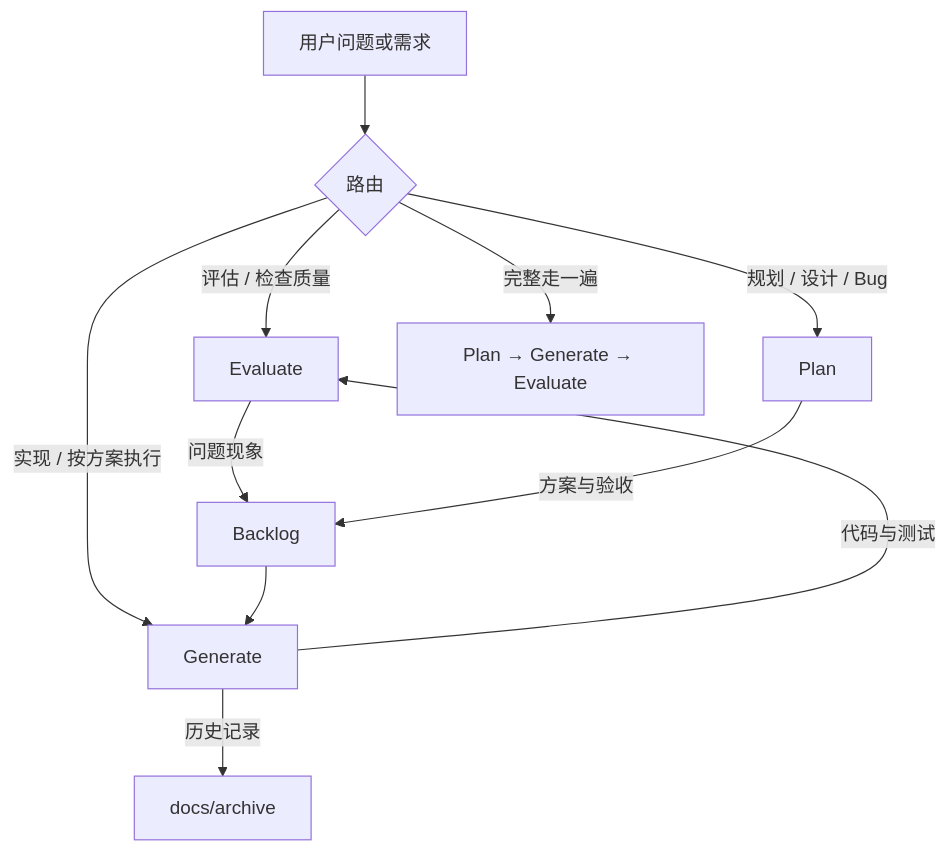
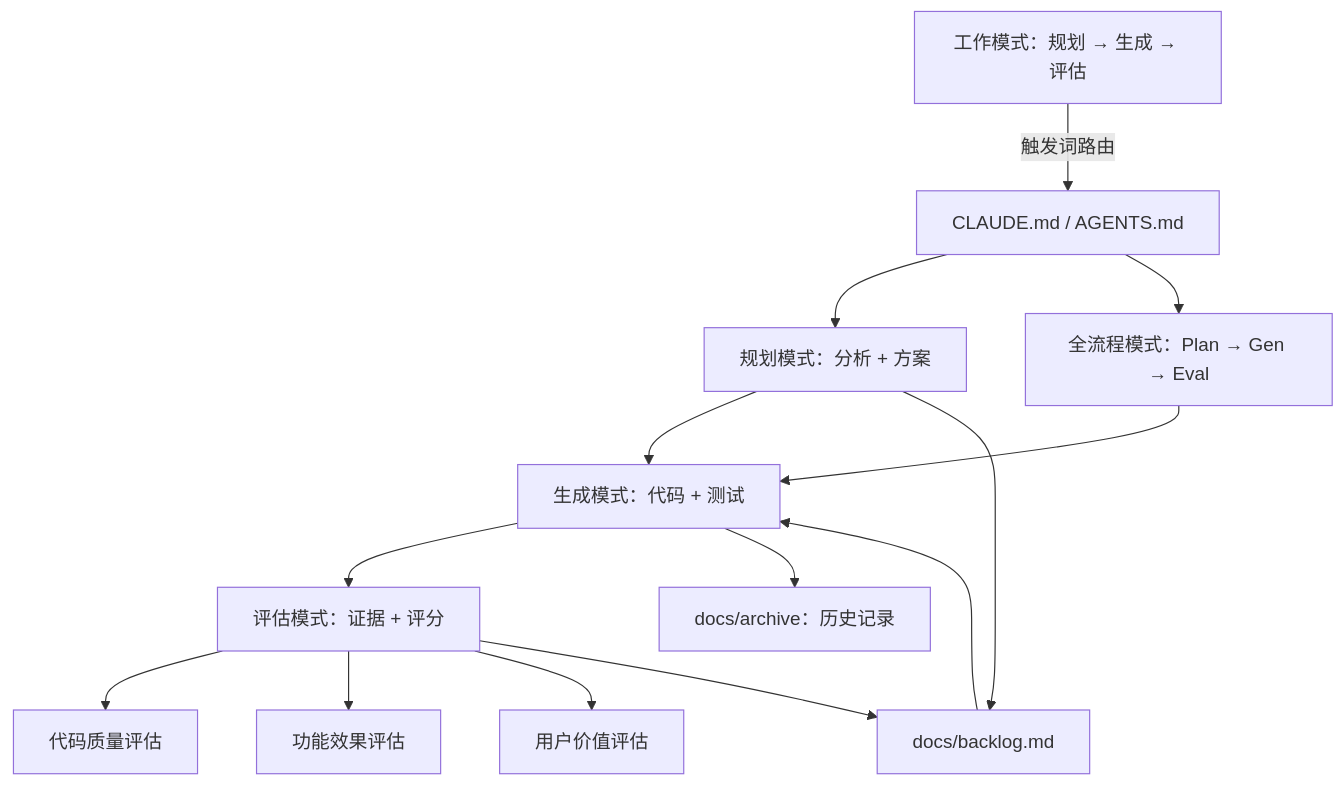
Before and after one commit to pancake-lee/pflow: the diagram in docs/harness.md, drawn with Mermaid. The commit also changed other lines of this file and 15 other files, not shown here.

````diff
--- a/docs/harness.md
+++ b/docs/harness.md
@@ -7,13 +8,17 @@
 ```mermaid
 flowchart TD
-    A[用户问题或需求] --> B{路由}
-    B -->|评估 / 检查质量| C[Evaluate]
-    B -->|规划 / 设计 / Bug| D[Plan]
-    B -->|实现 / 按方案执行| E[Generate]
-    B -->|完整走一遍| F[Plan → Generate → Evaluate]
-    C -->|问题现象| G[Backlog]
-    D -->|方案与验收| G
-    G --> E
-    E -->|代码与测试| C
-    E -->|历史记录| H[docs/archive]
+    A[工作模式：规划 → 生成 → 评估]
+    A -->|触发词路由| B[CLAUDE.md / AGENTS.md]
+    B --> C[规划模式：分析 + 方案]
+    B --> D[全流程模式：Plan → Gen → Eval]
+    C --> E[生成模式：代码 + 测试]
+    D --> E
+    E --> F[评估模式：证据 + 评分]
+    F --> G[代码质量评估]
+    F --> H[功能效果评估]
+    F --> I[用户价值评估]
+    C --> J[docs/backlog.md]
+    F --> J
+    J --> E
+    E --> K[docs/archive：历史记录]
 ```
````
